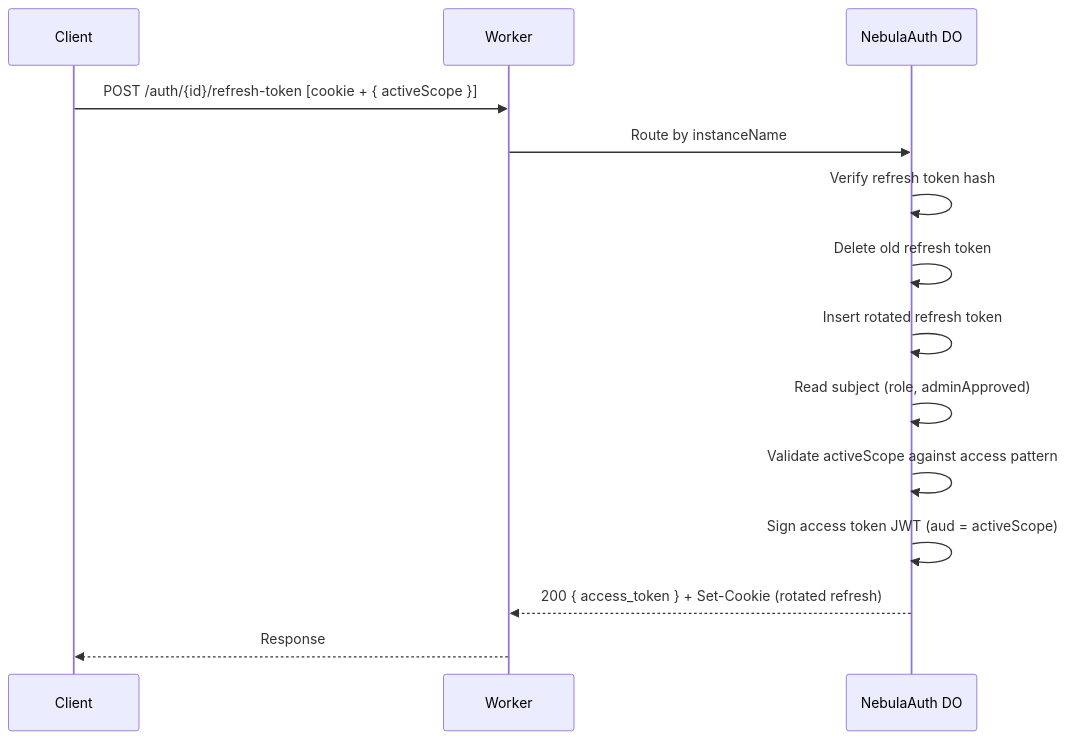
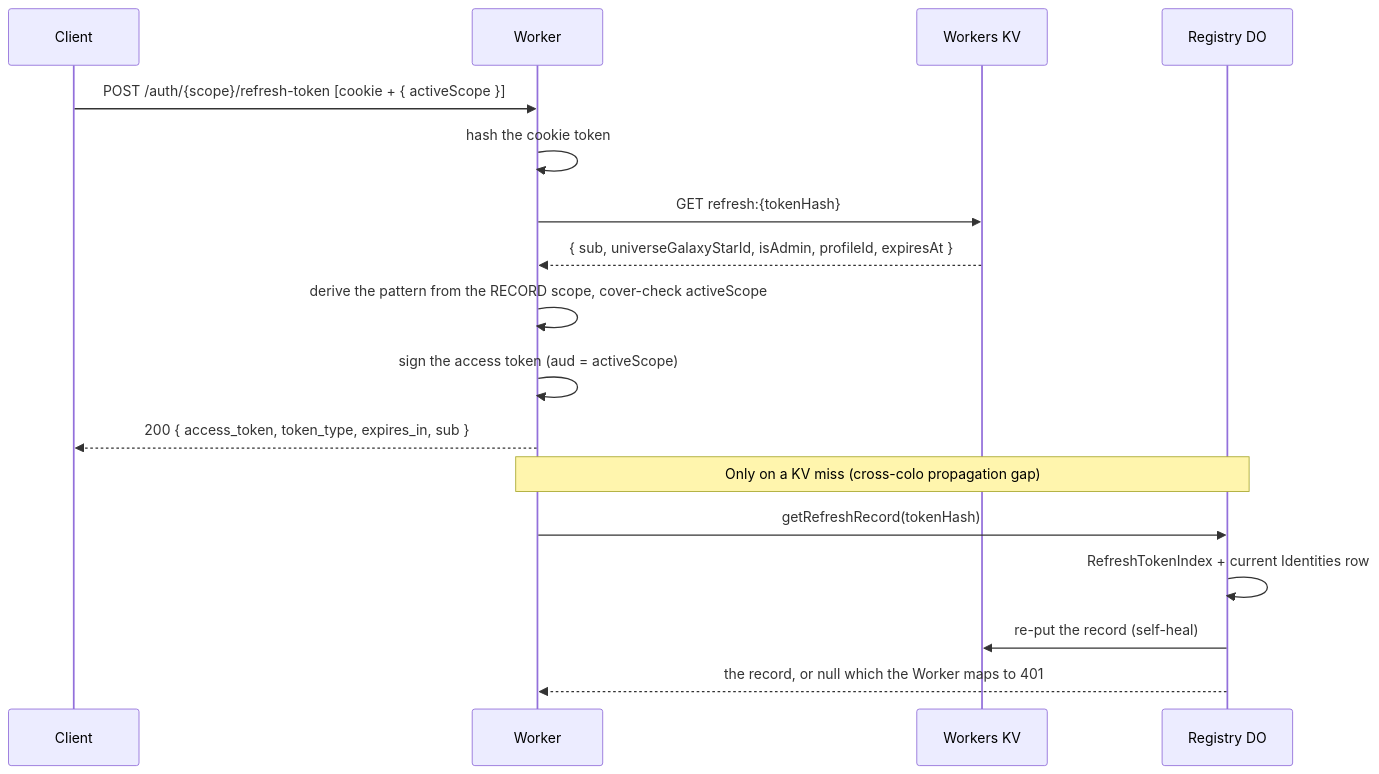
One commit to lumenize/lumenize changed the first of 8 diagrams in packages/nebula-auth/README.md. Above: the diagram before and after it, drawn with Mermaid. The commit also changed other lines of this file, not shown here.

First line of the commit message:
docs(nebula-auth): README describes the post-surrogate-sub architecture

````diff
--- a/packages/nebula-auth/README.md
+++ b/packages/nebula-auth/README.md
@@ -135,17 +168,21 @@
 ```mermaid
 sequenceDiagram
     participant C as Client
     participant W as Worker
-    participant NA as NebulaAuth DO
+    participant KV as Workers KV
+    participant R as Registry DO
 
-    C->>W: POST /auth/{id}/refresh-token [cookie + { activeScope }]
-    W->>NA: Route by instanceName
-    NA->>NA: Verify refresh token hash
-    NA->>NA: Delete old refresh token
-    NA->>NA: Insert rotated refresh token
-    NA->>NA: Read subject (role, adminApproved)
-    NA->>NA: Validate activeScope against access pattern
-    NA->>NA: Sign access token JWT (aud = activeScope)
-    NA-->>W: 200 { access_token } + Set-Cookie (rotated refresh)
-    W-->>C: Response
+    C->>W: POST /auth/{scope}/refresh-token [cookie + { activeScope }]
+    W->>W: hash the cookie token
+    W->>KV: GET refresh:{tokenHash}
+    KV-->>W: { sub, universeGalaxyStarId, isAdmin, profileId, expiresAt }
+    W->>W: derive the pattern from the RECORD scope, cover-check activeScope
+    W->>W: sign the access token (aud = activeScope)
+    W-->>C: 200 { access_token, token_type, expires_in, sub }
+
+    Note over W,R: Only on a KV miss (cross-colo propagation gap)
+    W->>R: getRefreshRecord(tokenHash)
+    R->>R: RefreshTokenIndex + current Identities row
+    R->>KV: re-put the record (self-heal)
+    R-->>W: the record, or null which the Worker maps to 401
 ```
````
